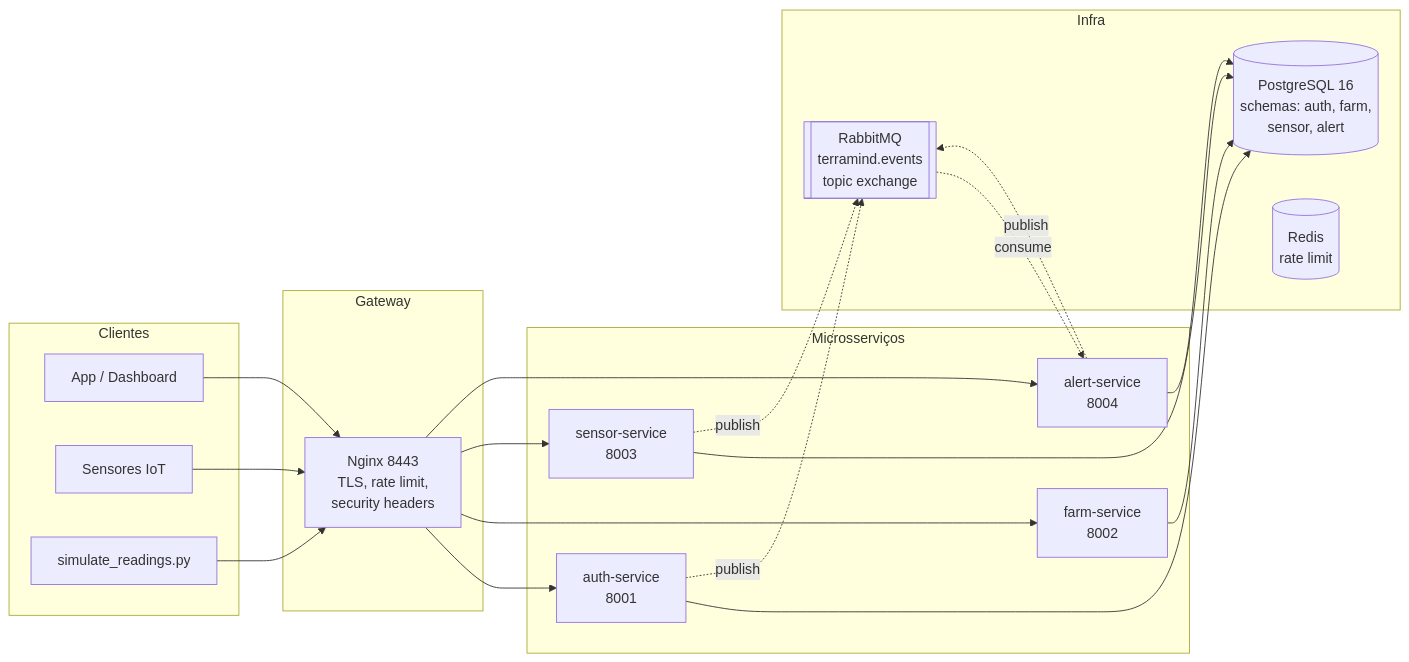
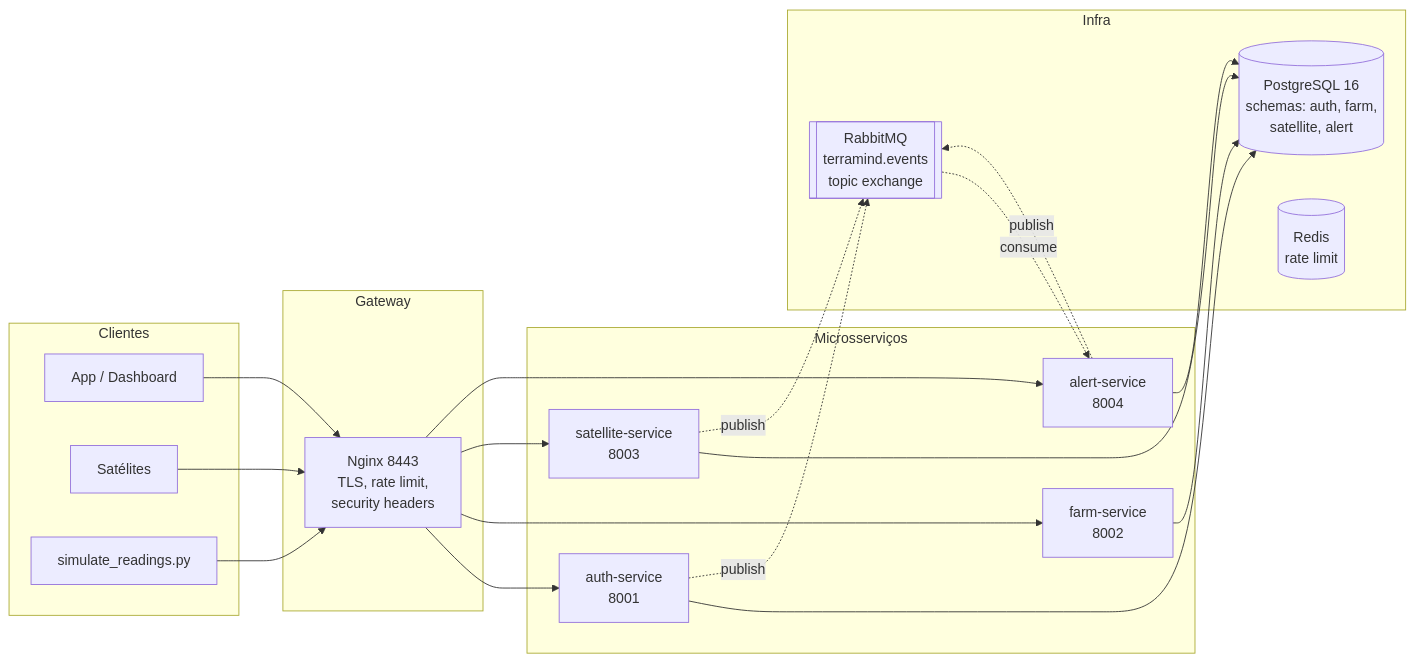
One commit to FIAP-Project/Terramind changed the diagram in docs/architecture.md. Above: the diagram before and after it, drawn with Mermaid. The commit also changed other lines of this file and 72 other files, not shown here.

````diff
--- a/docs/architecture.md
+++ b/docs/architecture.md
@@ -36,44 +36,44 @@
 ```mermaid
 flowchart LR
     subgraph clients[Clientes]
         UI[App / Dashboard]
-        IOT[Sensores IoT]
+        IOT[Satélites]
         SIM[simulate_readings.py]
     end
 
     subgraph gateway[Gateway]
         NGX[Nginx 8443<br/>TLS, rate limit,<br/>security headers]
     end
 
     subgraph services[Microsserviços]
         AUTH[auth-service<br/>8001]
         FARM[farm-service<br/>8002]
-        SENS[sensor-service<br/>8003]
+        SENS[satellite-service<br/>8003]
         ALRT[alert-service<br/>8004]
     end
 
     subgraph infra[Infra]
-        PG[(PostgreSQL 16<br/>schemas: auth, farm,<br/>sensor, alert)]
+        PG[(PostgreSQL 16<br/>schemas: auth, farm,<br/>satellite, alert)]
         MQ[[RabbitMQ<br/>terramind.events<br/>topic exchange]]
         RD[(Redis<br/>rate limit)]
     end
 
     UI --> NGX
     IOT --> NGX
     SIM --> NGX
 
     NGX --> AUTH
     NGX --> FARM
     NGX --> SENS
     NGX --> ALRT
 
     AUTH --> PG
     FARM --> PG
     SENS --> PG
     ALRT --> PG
 
     AUTH -.publish.-> MQ
     SENS -.publish.-> MQ
     ALRT -.publish.-> MQ
     MQ -.consume.-> ALRT
 ```
````
